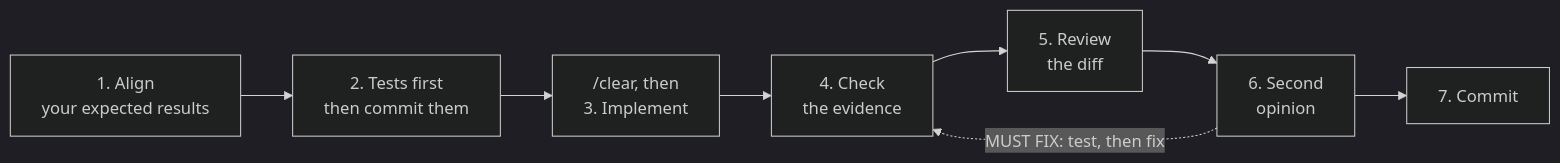
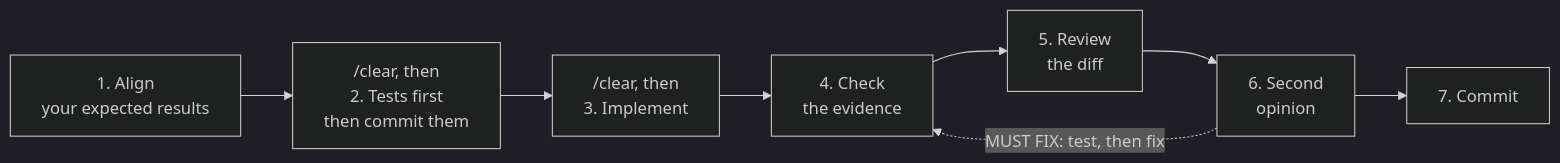
The diagram in docs/diagrams/5-workflow-compact.mmd (domroselli/showtix), drawn with Mermaid (dark theme) before and after one commit. The commit also changed 17 other files, not shown here.

```diff
--- a/docs/diagrams/5-workflow-compact.mmd
+++ b/docs/diagrams/5-workflow-compact.mmd
@@ -1,8 +1,8 @@
 flowchart LR
-  S1["1. Align<br/>your expected results"] --> S2["2. Tests first<br/>then commit them"]
+  S1["1. Align<br/>your expected results"] --> S2["/clear, then<br/>2. Tests first<br/>then commit them"]
   S2 --> S3["/clear, then<br/>3. Implement"]
   S3 --> S4["4. Check<br/>the evidence"]
   S4 --> S5["5. Review<br/>the diff"]
   S5 --> S6["6. Second<br/>opinion"]
   S6 --> S7["7. Commit"]
   S6 -. "MUST FIX: test, then fix" .-> S4
```
